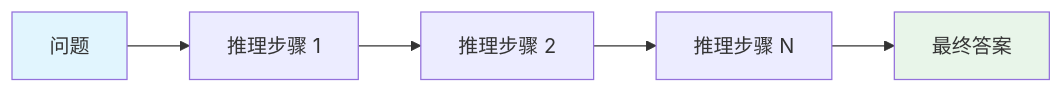
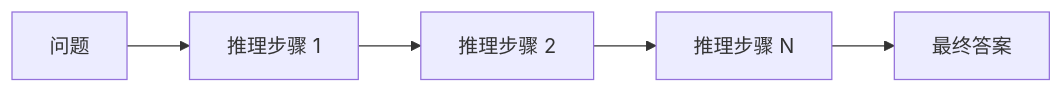
One commit to yuexiaoliang/prompt-engineering-learning changed the first of 8 diagrams in 03-reasoning-zh.md. Above: the diagram before and after it, drawn with Mermaid. The commit also changed other lines of this file, not shown here.

Commit message:
fix: remove hardcoded fill colors from Mermaid charts for light/dark theme auto-adaptation

````diff
--- a/03-reasoning-zh.md
+++ b/03-reasoning-zh.md
@@ -29,10 +29,8 @@
 ```mermaid
 flowchart LR
     A[问题] --> B[推理步骤 1]
     B --> C[推理步骤 2]
     C --> D[推理步骤 N]
     D --> E[最终答案]
 
-    style A fill:#e1f5fe
-    style E fill:#e8f5e9
 ```
````
